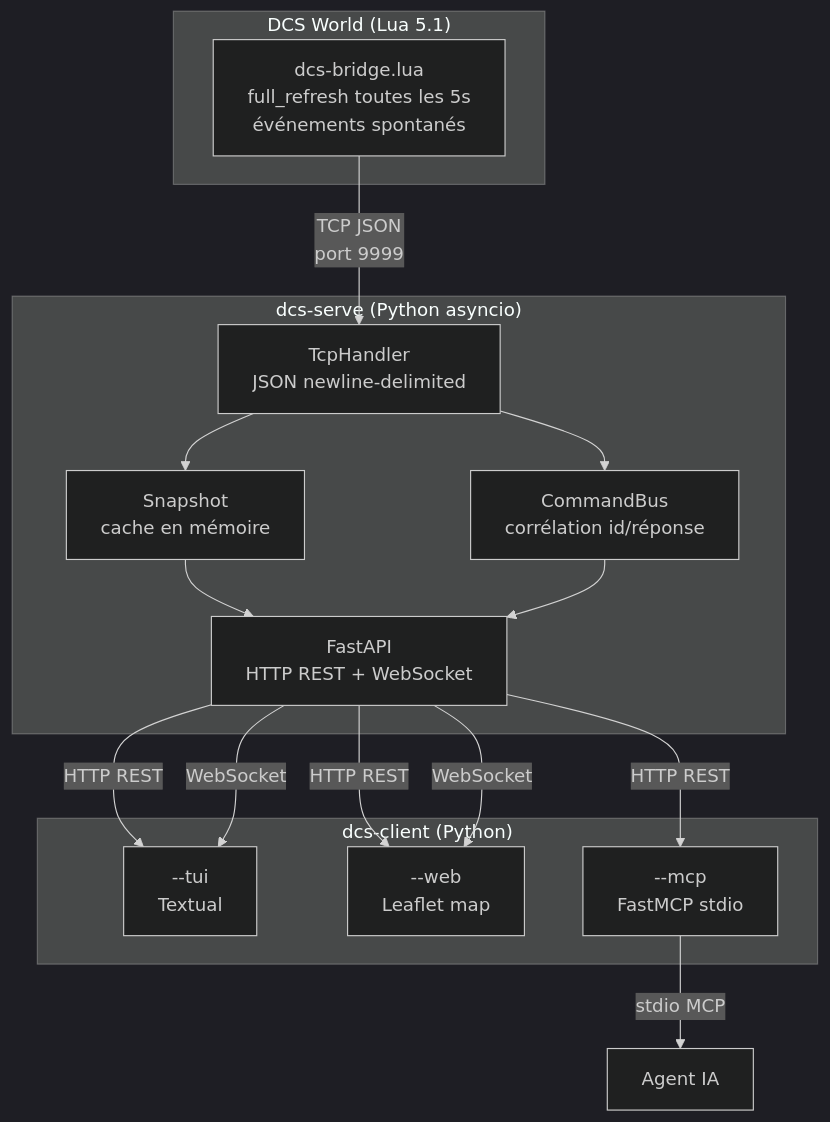
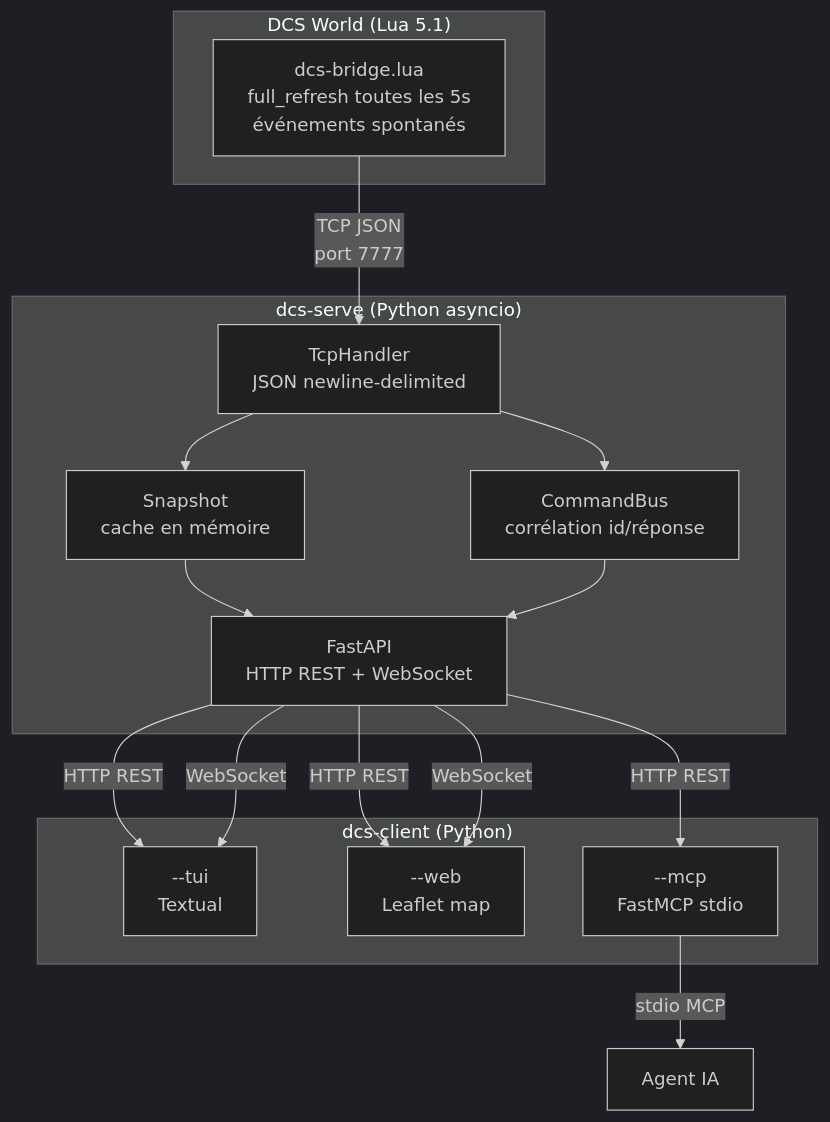
One commit to VEAF/VEAF-dcs-bridge changed the diagram in docs/technical/architecture.fr.md. Above: the diagram before and after it, drawn with Mermaid (dark theme). The commit also changed 14 other files, not shown here.

First line of the commit message:
fix(lua): reconcile default TCP port and log connection target (LOT-013)

````diff
--- a/docs/technical/architecture.fr.md
+++ b/docs/technical/architecture.fr.md
@@ -7,31 +7,31 @@
 ```mermaid
 graph TB
     subgraph DCS["DCS World (Lua 5.1)"]
         LUA["dcs-bridge.lua\nfull_refresh toutes les 5s\névénements spontanés"]
     end
 
     subgraph SERVE["dcs-serve (Python asyncio)"]
         TCP["TcpHandler\nJSON newline-delimited"]
         SNAP["Snapshot\ncache en mémoire"]
         BUS["CommandBus\ncorrélation id/réponse"]
         API["FastAPI\nHTTP REST + WebSocket"]
     end
 
     subgraph CLIENT["dcs-client (Python)"]
         TUI["--tui\nTextual"]
         WEB["--web\nLeaflet map"]
         MCP["--mcp\nFastMCP stdio"]
     end
 
-    LUA -->|TCP JSON \n port 9999| TCP
+    LUA -->|TCP JSON \n port 7777| TCP
     TCP --> SNAP
     TCP --> BUS
     SNAP --> API
     BUS --> API
     API -->|HTTP REST| TUI
     API -->|WebSocket| TUI
     API -->|HTTP REST| WEB
     API -->|WebSocket| WEB
     API -->|HTTP REST| MCP
     MCP -->|stdio MCP| AI["Agent IA"]
 ```
````
